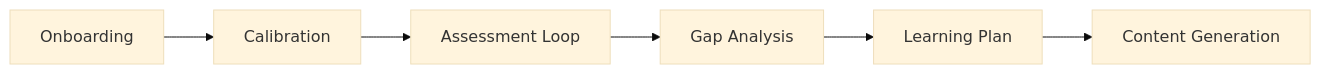
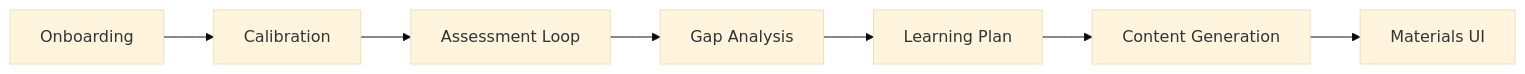
Before and after one commit to onegunsamurai/OpenLearning: the second of 2 diagrams in docs/architecture/overview.md, drawn with Mermaid (base theme). The commit also changed other lines of this file and 31 other files, not shown here.

````diff
--- a/docs/architecture/overview.md
+++ b/docs/architecture/overview.md
@@ -53,8 +53,9 @@
 ```mermaid
 graph LR
     A[Onboarding] --> B[Calibration]
     B --> C[Assessment Loop]
     C --> D[Gap Analysis]
     D --> E[Learning Plan]
     E --> F[Content Generation]
+    F --> G[Materials UI]
 ```
````
